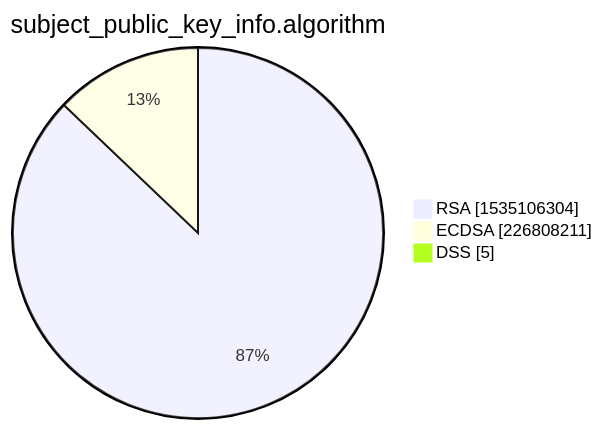
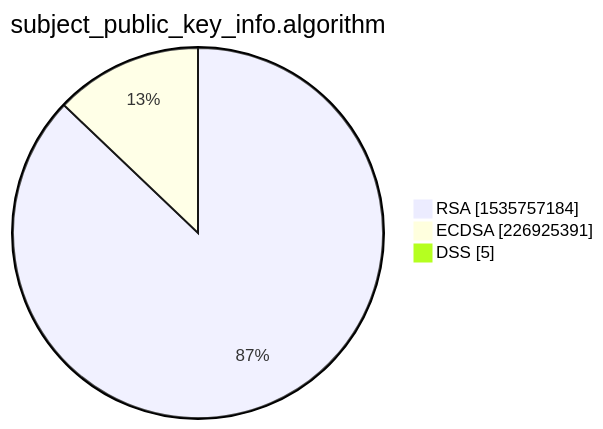
The third of 15 diagrams in xenon2022/README.md (christiankrug/ctmonitor_visualization), drawn with Mermaid before and after one commit. The commit also changed other lines of this file, not shown here.

````diff
--- a/xenon2022/README.md
+++ b/xenon2022/README.md
@@ -14,7 +14,7 @@
 ```mermaid
 pie showData
 title subject_public_key_info.algorithm
-"RSA" :1535106304
-"ECDSA" :226808211
+"RSA" :1535757184
+"ECDSA" :226925391
 "DSS" :5
 ```
````
